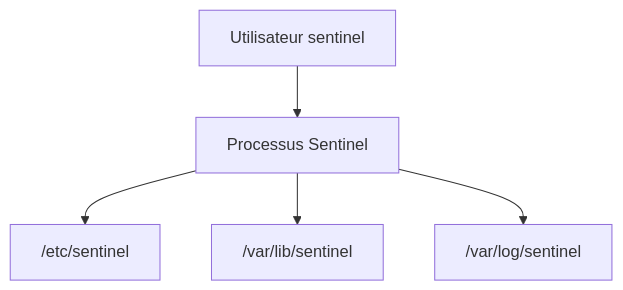
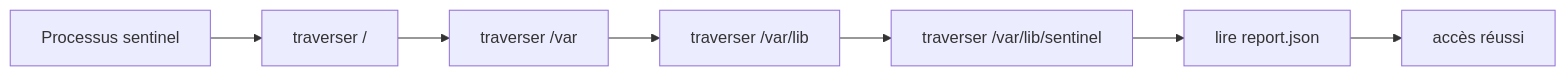
The fourth of 4 diagrams in campagne 1/1.7-utilisateurs-groupes-permissions.md (tdelaclos/formations), drawn with Mermaid before and after one commit. The commit also changed other lines of this file and 10 other files, not shown here.

````diff
--- a/campagne 1/1.7-utilisateurs-groupes-permissions.md
+++ b/campagne 1/1.7-utilisateurs-groupes-permissions.md
@@ -823,21 +168,9 @@
 ```mermaid
-flowchart TD
-
-A["Utilisateur sentinel"]
-
-B["Processus Sentinel"]
-
-C["/etc/sentinel"]
-
-D["/var/lib/sentinel"]
-
-E["/var/log/sentinel"]
-
-A --> B
-
-B --> C
-
-B --> D
-
-B --> E
+flowchart LR
+    Proc["Processus sentinel"] --> Root["traverser /"]
+    Root --> Var["traverser /var"]
+    Var --> Lib["traverser /var/lib"]
+    Lib --> Dir["traverser /var/lib/sentinel"]
+    Dir --> File["lire report.json"]
+    File --> Result["accès réussi"]
 ```
````
